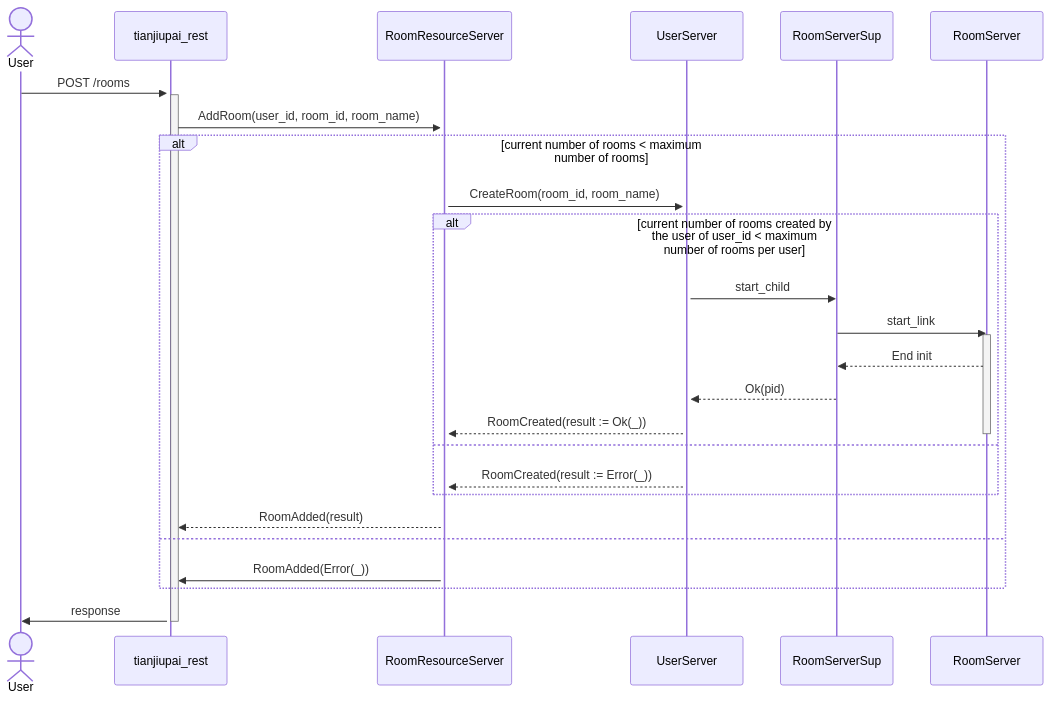
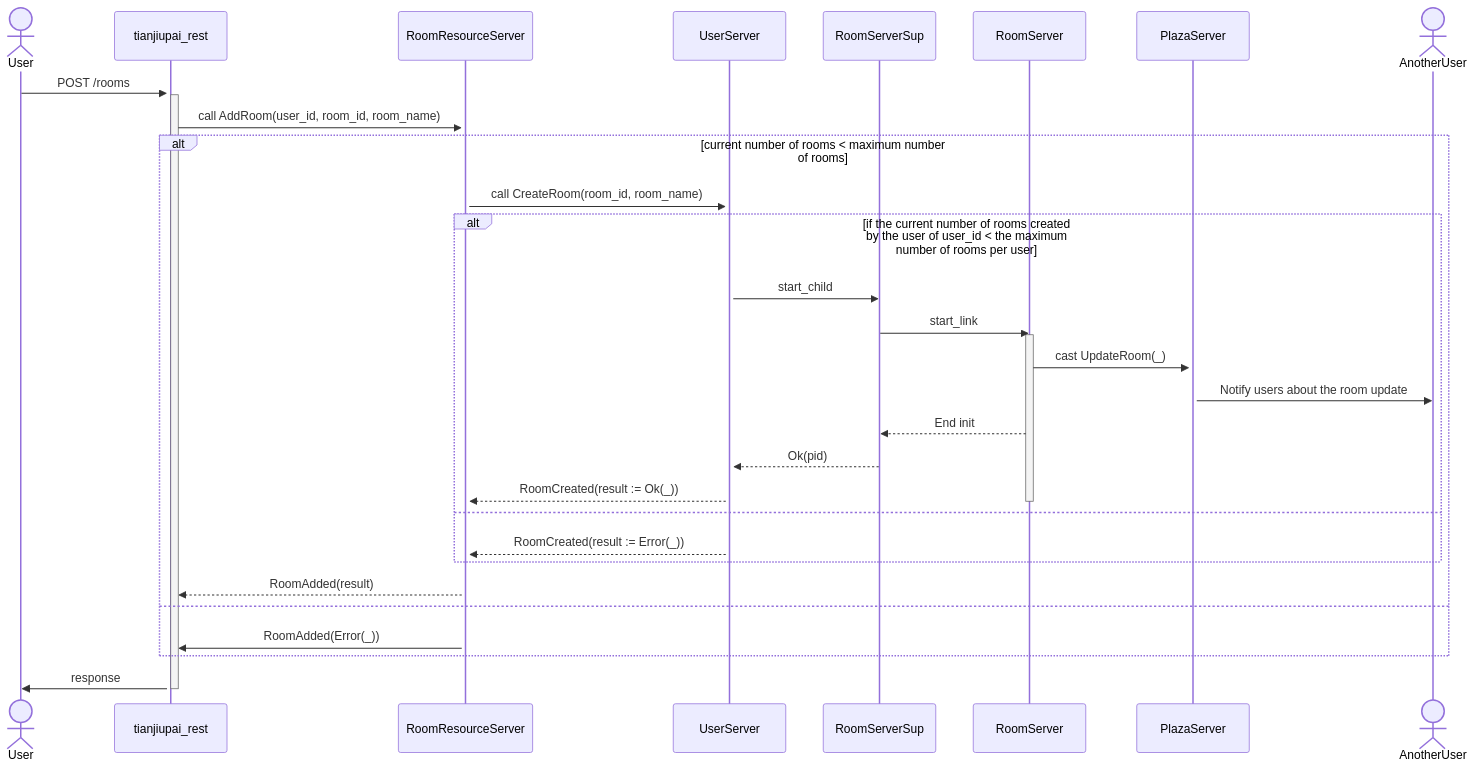
The second of 4 diagrams in docs/ARCHITECTURE.md (gfngfn/game_tianjiupai), drawn with Mermaid before and after one commit. The commit also changed other lines of this file, not shown here.

Commit message:
add some sequence diagrams to docs

````diff
--- a/docs/ARCHITECTURE.md
+++ b/docs/ARCHITECTURE.md
@@ -39,36 +39,41 @@
 ```mermaid
 sequenceDiagram
   actor User
   participant tianjiupai_rest
   participant RoomResourceServer
   participant UserServer
   participant RoomServerSup
   participant RoomServer
+  participant PlazaServer
+  actor AnotherUser
   activate tianjiupai_rest
   activate RoomResourceServer
   activate UserServer
+  activate PlazaServer
 
   User ->> tianjiupai_rest : POST /rooms
   activate tianjiupai_rest
-  tianjiupai_rest ->> RoomResourceServer : AddRoom(user_id, room_id, room_name)
+  tianjiupai_rest ->> RoomResourceServer : call AddRoom(user_id, room_id, room_name)
   alt current number of rooms < maximum number of rooms
-    RoomResourceServer ->> UserServer : CreateRoom(room_id, room_name)
-    alt current number of rooms created by the user of user_id < maximum number of rooms per user
+    RoomResourceServer ->> UserServer : call CreateRoom(room_id, room_name)
+    alt if the current number of rooms created by the user of user_id < the maximum number of rooms per user
       UserServer ->> RoomServerSup : start_child
       RoomServerSup ->> RoomServer : start_link
       activate RoomServer
+      RoomServer ->> PlazaServer : cast UpdateRoom(_)
+      PlazaServer ->> AnotherUser : Notify users about the room update
       RoomServer -->> RoomServerSup : End init
       RoomServerSup -->> UserServer : Ok(pid)
       UserServer -->> RoomResourceServer : RoomCreated(result := Ok(_))
       deactivate RoomServer
       %% the deactivation above is needed only because of the end of this alt-branch.
     else
       UserServer -->> RoomResourceServer : RoomCreated(result := Error(_))
     end
     RoomResourceServer -->> tianjiupai_rest : RoomAdded(result)
   else
     RoomResourceServer ->> tianjiupai_rest : RoomAdded(Error(_))
   end
   tianjiupai_rest ->> User : response
   deactivate tianjiupai_rest
 ```
````
